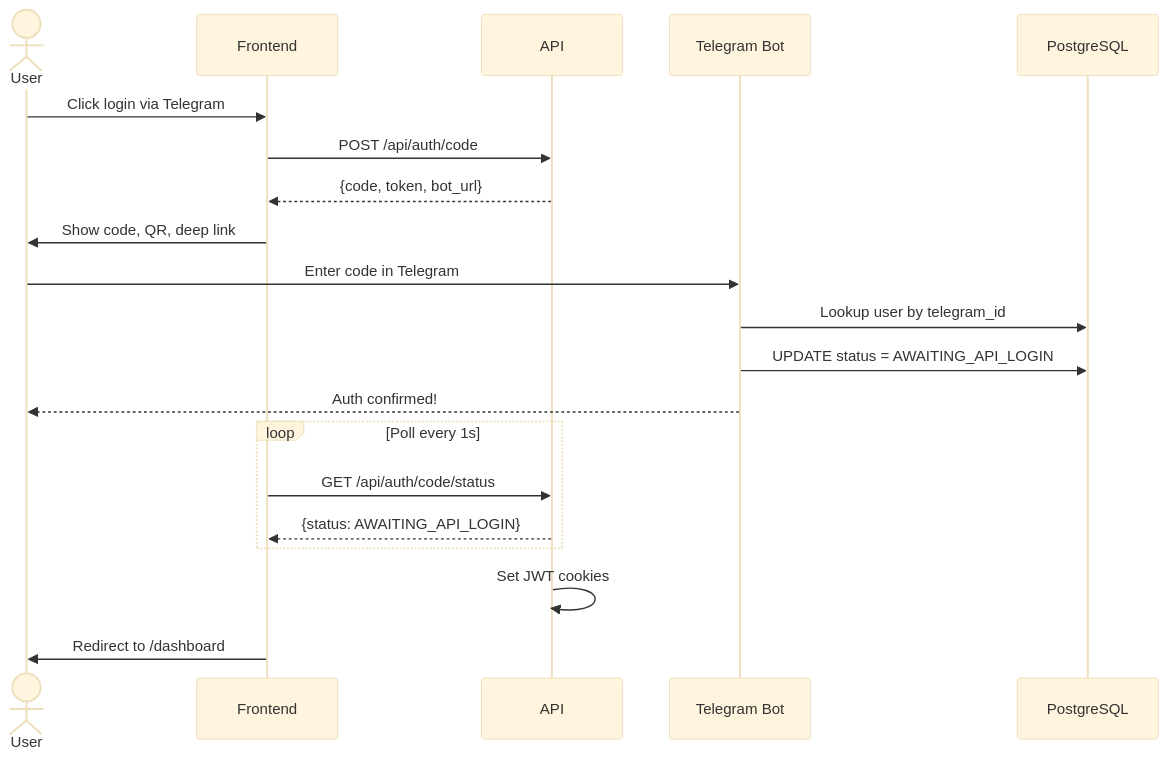
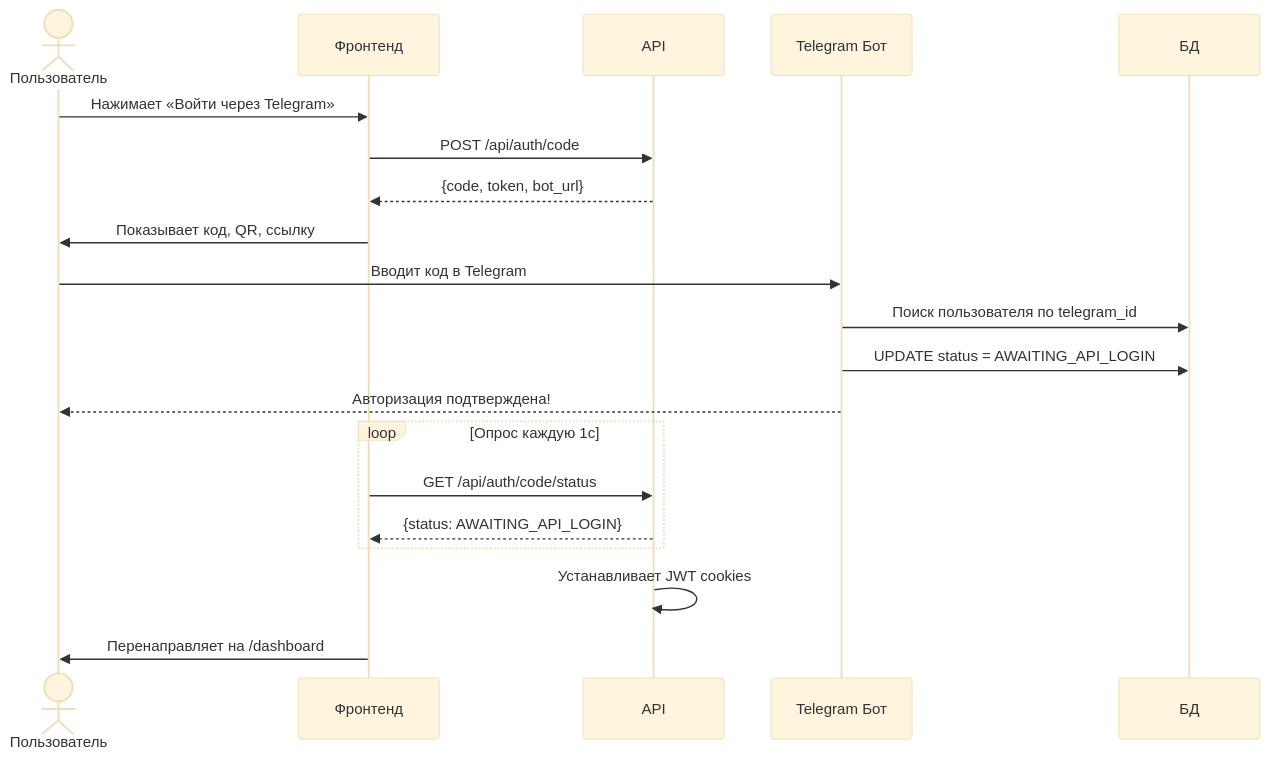
Before and after one commit to Faunistica/Faunistica_4.0: the diagram in docs/diagrams/auth-telegram.mmd, drawn with Mermaid (base theme). The commit also changed 17 other files, not shown here.

Commit message:
russian in diagrams

```diff
--- a/docs/diagrams/auth-telegram.mmd
+++ b/docs/diagrams/auth-telegram.mmd
@@ -1,24 +1,24 @@
 sequenceDiagram
-    actor User
-    participant Frontend as Frontend
-    participant API as API
-    participant Bot as Telegram Bot
-    participant DB as PostgreSQL
+    actor U as Пользователь
+    participant F as Фронтенд
+    participant A as API
+    participant B as Telegram Бот
+    participant D as БД
 
-    User->>Frontend: Click login via Telegram
-    Frontend->>API: POST /api/auth/code
-    API-->>Frontend: {code, token, bot_url}
-    Frontend->>User: Show code, QR, deep link
+    U->>F: Нажимает «Войти через Telegram»
+    F->>A: POST /api/auth/code
+    A-->>F: {code, token, bot_url}
+    F->>U: Показывает код, QR, ссылку
 
-    User->>Bot: Enter code in Telegram
-    Bot->>DB: Lookup user by telegram_id
-    Bot->>DB: UPDATE status = AWAITING_API_LOGIN
-    Bot-->>User: Auth confirmed!
+    U->>B: Вводит код в Telegram
+    B->>D: Поиск пользователя по telegram_id
+    B->>D: UPDATE status = AWAITING_API_LOGIN
+    B-->>U: Авторизация подтверждена!
 
-    loop Poll every 1s
-        Frontend->>API: GET /api/auth/code/status
-        API-->>Frontend: {status: AWAITING_API_LOGIN}
+    loop Опрос каждую 1с
+        F->>A: GET /api/auth/code/status
+        A-->>F: {status: AWAITING_API_LOGIN}
     end
 
-    API->>API: Set JWT cookies
-    Frontend->>User: Redirect to /dashboard
+    A->>A: Устанавливает JWT cookies
+    F->>U: Перенаправляет на /dashboard
```
